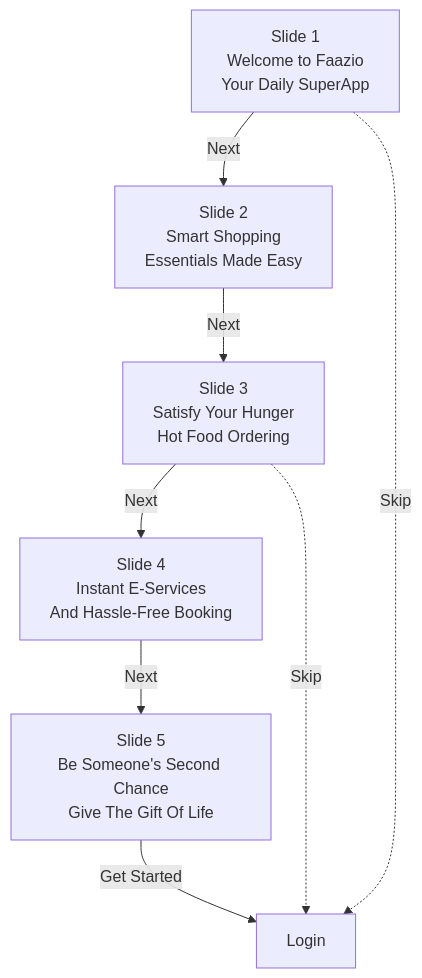
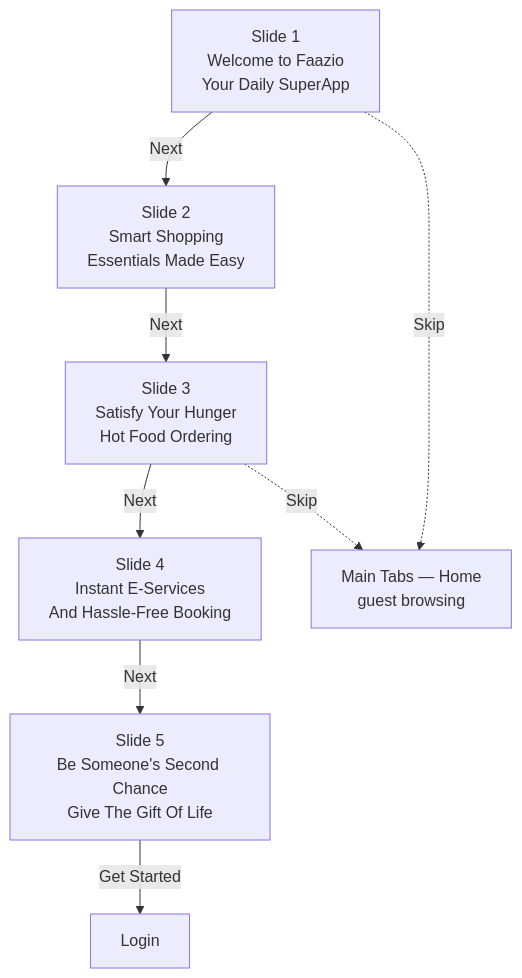
One commit to faazio-official/faazio-workspace changed the third of 24 diagrams in docs/FAAZIO_USER_FLOW_GUIDE.md. Above: the diagram before and after it, drawn with Mermaid. The commit also changed other lines of this file and 127 other files, not shown here.

First line of the commit message:
feat: food master taxonomy, guest browsing, OTP timeout hardening

````diff
--- a/docs/FAAZIO_USER_FLOW_GUIDE.md
+++ b/docs/FAAZIO_USER_FLOW_GUIDE.md
@@ -142,17 +146,17 @@
 ```mermaid
 flowchart TD
   S1["Slide 1<br/>Welcome to Faazio<br/>Your Daily SuperApp"]
   S2["Slide 2<br/>Smart Shopping<br/>Essentials Made Easy"]
   S3["Slide 3<br/>Satisfy Your Hunger<br/>Hot Food Ordering"]
   S4["Slide 4<br/>Instant E-Services<br/>And Hassle-Free Booking"]
   S5["Slide 5<br/>Be Someone's Second Chance<br/>Give The Gift Of Life"]
   LOGIN["Login"]
 
   S1 -->|"Next"| S2
   S2 -->|"Next"| S3
   S3 -->|"Next"| S4
   S4 -->|"Next"| S5
   S5 -->|"Get Started"| LOGIN
-  S1 -.->|"Skip"| LOGIN
-  S3 -.->|"Skip"| LOGIN
+  S1 -.->|"Skip"| TABS["Main Tabs — Home<br/>guest browsing"]
+  S3 -.->|"Skip"| TABS
 ```
````
